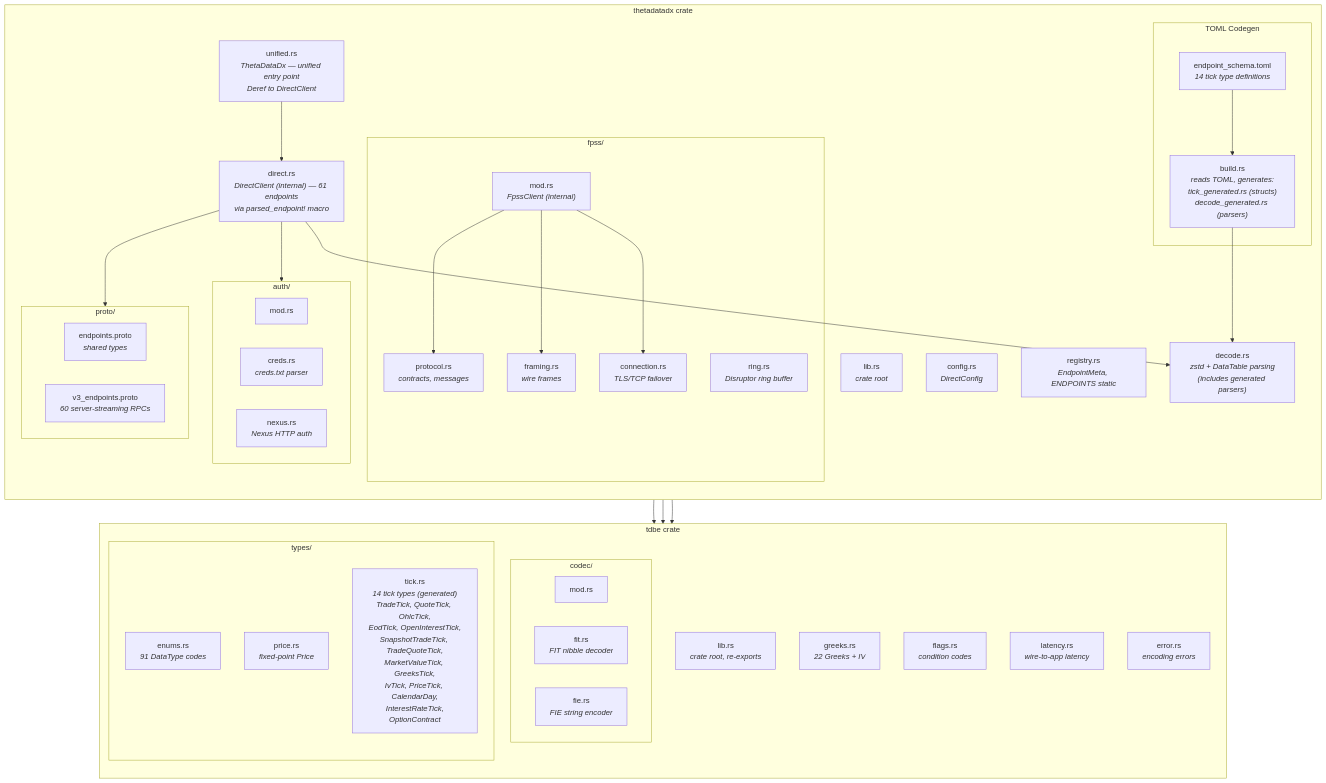
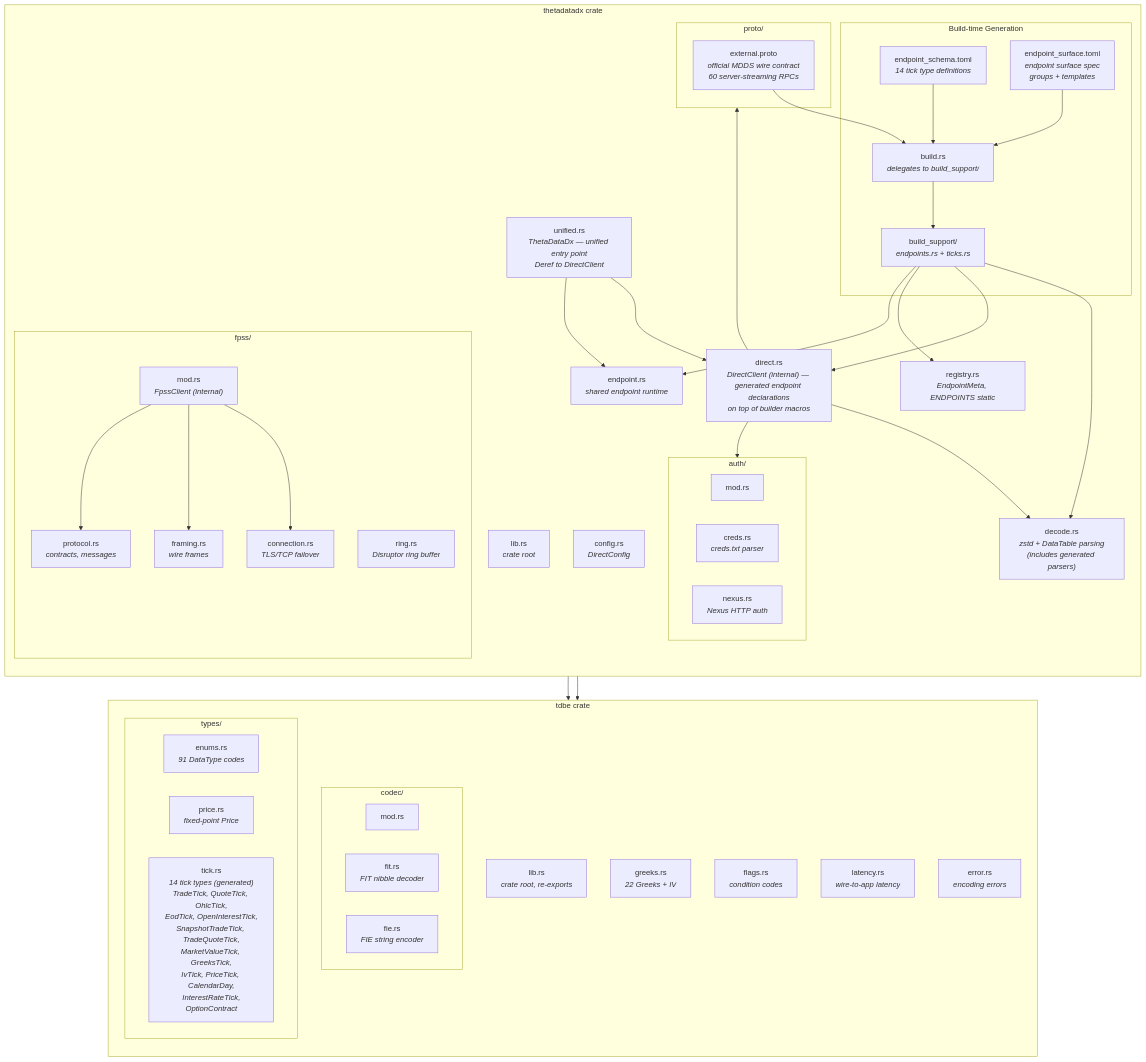
Diagram 15 of 15 in docs/architecture.md (userFRM/ThetaDataDx), drawn with Mermaid before and after one commit. The commit also changed other lines of this file and 10 other files, not shown here.

Commit message:
docs: refresh generated endpoint architecture

````diff
--- a/docs/architecture.md
+++ b/docs/architecture.md
@@ -473,72 +491,80 @@
 ```mermaid
 graph TD
     subgraph "tdbe crate"
         direction TB
         TDBE_LIB["lib.rs<br/><i>crate root, re-exports</i>"]
 
         subgraph tdbe_codec["codec/"]
             C_MOD["mod.rs"]
             C_FIT["fit.rs<br/><i>FIT nibble decoder</i>"]
             C_FIE["fie.rs<br/><i>FIE string encoder</i>"]
         end
 
         subgraph tdbe_types["types/"]
             T_ENUM["enums.rs<br/><i>91 DataType codes</i>"]
             T_PRICE["price.rs<br/><i>fixed-point Price</i>"]
             T_TICK["tick.rs<br/><i>14 tick types (generated)<br/>TradeTick, QuoteTick, OhlcTick,<br/>EodTick, OpenInterestTick,<br/>SnapshotTradeTick, TradeQuoteTick,<br/>MarketValueTick, GreeksTick,<br/>IvTick, PriceTick, CalendarDay,<br/>InterestRateTick,<br/>OptionContract</i>"]
         end
 
         TDBE_GREEKS["greeks.rs<br/><i>22 Greeks + IV</i>"]
         TDBE_FLAGS["flags.rs<br/><i>condition codes</i>"]
         TDBE_LATENCY["latency.rs<br/><i>wire-to-app latency</i>"]
         TDBE_ERROR["error.rs<br/><i>encoding errors</i>"]
     end
 
     subgraph "thetadatadx crate"
         direction TB
         LIB["lib.rs<br/><i>crate root</i>"]
 
         subgraph auth["auth/"]
             A_MOD["mod.rs"]
             A_CREDS["creds.rs<br/><i>creds.txt parser</i>"]
             A_NEXUS["nexus.rs<br/><i>Nexus HTTP auth</i>"]
         end
 
         subgraph fpss["fpss/"]
             F_MOD["mod.rs<br/><i>FpssClient (internal)</i>"]
             F_CONN["connection.rs<br/><i>TLS/TCP failover</i>"]
             F_FRAME["framing.rs<br/><i>wire frames</i>"]
             F_PROTO["protocol.rs<br/><i>contracts, messages</i>"]
             F_RING["ring.rs<br/><i>Disruptor ring buffer</i>"]
         end
 
         UNIFIED["unified.rs<br/><i>ThetaDataDx — unified entry point<br/>Deref to DirectClient</i>"]
-        DIRECT["direct.rs<br/><i>DirectClient (internal) — 61 endpoints<br/>via parsed_endpoint! macro</i>"]
+        DIRECT["direct.rs<br/><i>DirectClient (internal) — generated endpoint declarations<br/>on top of builder macros</i>"]
+        ENDPOINT_RT["endpoint.rs<br/><i>shared endpoint runtime</i>"]
         CONFIG["config.rs<br/><i>DirectConfig</i>"]
         DECODE["decode.rs<br/><i>zstd + DataTable parsing<br/>(includes generated parsers)</i>"]
         REGISTRY["registry.rs<br/><i>EndpointMeta, ENDPOINTS static</i>"]
 
-        subgraph codegen["TOML Codegen"]
+        subgraph codegen["Build-time Generation"]
             SCHEMA["endpoint_schema.toml<br/><i>14 tick type definitions</i>"]
-            BUILD["build.rs<br/><i>reads TOML, generates:<br/>tick_generated.rs (structs)<br/>decode_generated.rs (parsers)</i>"]
+            SURFACE["endpoint_surface.toml<br/><i>endpoint surface spec<br/>groups + templates</i>"]
+            BUILD["build.rs<br/><i>delegates to build_support/</i>"]
+            SUPPORT["build_support/<br/><i>endpoints.rs + ticks.rs</i>"]
         end
 
         subgraph proto["proto/"]
-            P_V1["endpoints.proto<br/><i>shared types</i>"]
-            P_V3["v3_endpoints.proto<br/><i>60 server-streaming RPCs</i>"]
+            P_EXT["external.proto<br/><i>official MDDS wire contract<br/>60 server-streaming RPCs</i>"]
         end
     end
 
     LIB --> TDBE_LIB
     UNIFIED --> DIRECT
+    UNIFIED --> ENDPOINT_RT
     DIRECT --> auth
     DIRECT --> DECODE
     DIRECT --> proto
     SCHEMA --> BUILD
-    BUILD --> T_TICK
-    BUILD --> DECODE
+    SURFACE --> BUILD
+    P_EXT --> BUILD
+    BUILD --> SUPPORT
+    SUPPORT --> DECODE
+    SUPPORT --> DIRECT
+    SUPPORT --> REGISTRY
+    SUPPORT --> ENDPOINT_RT
     F_MOD --> tdbe_codec
     F_MOD --> F_CONN
     F_MOD --> F_FRAME
     F_MOD --> F_PROTO
 ```
````
